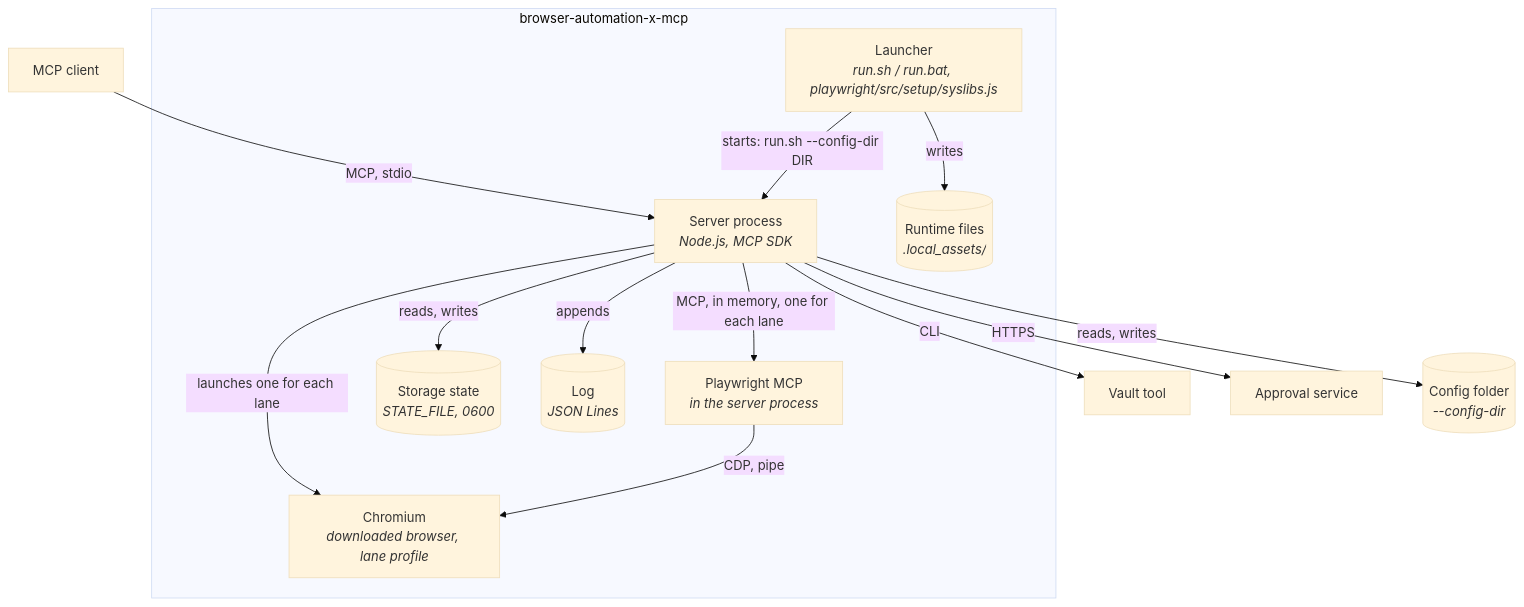
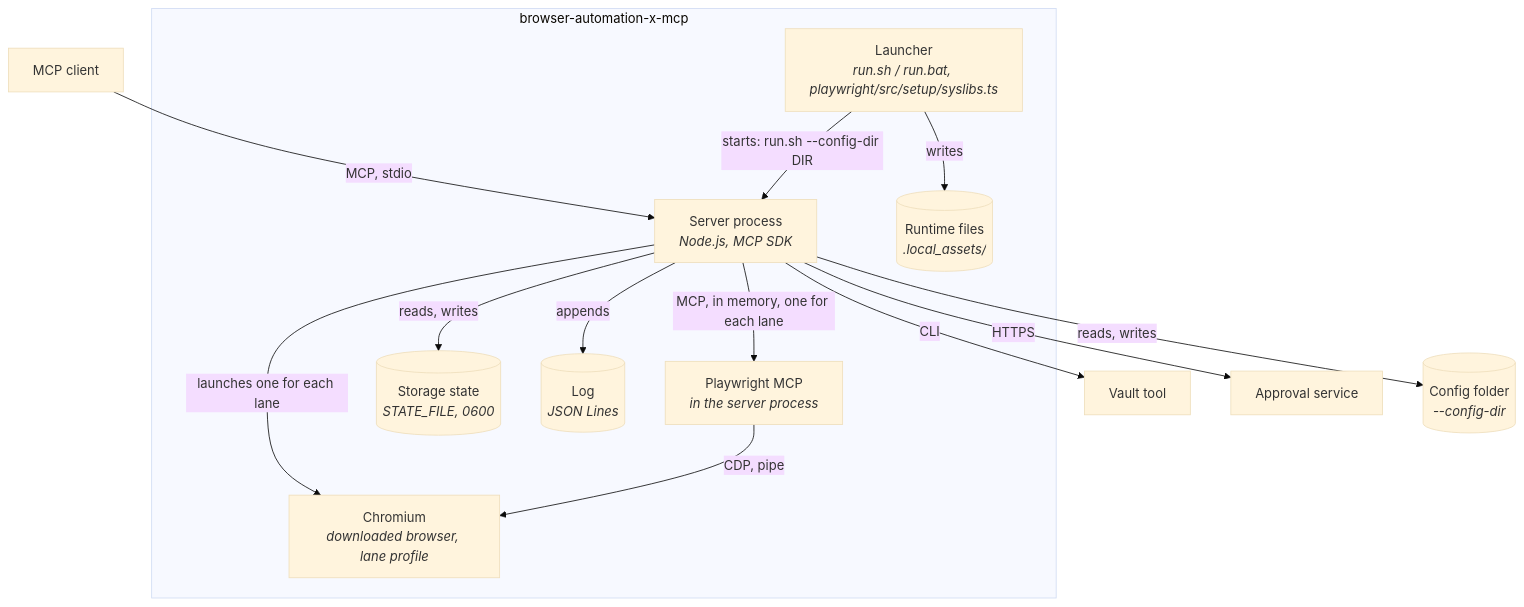
Before and after one commit to npstash/shared: the second of 8 diagrams in tools/browser-automation-x-mcp/sdd/DESIGN.md, drawn with Mermaid (base theme). The commit also changed other lines of this file and 6 other files, not shown here.

Commit message:
browser-automation-x-mcp: plugin architecture in the SDD; typed-code rule; test phases

````diff
--- a/tools/browser-automation-x-mcp/sdd/DESIGN.md
+++ b/tools/browser-automation-x-mcp/sdd/DESIGN.md
@@ -67,16 +67,16 @@
 ```mermaid
 flowchart TD
     C[MCP client] -->|MCP, stdio| F
     subgraph S[browser-automation-x-mcp]
-        L[Launcher<br/><i>run.sh / run.bat, playwright/src/setup/syslibs.js</i>] -->|starts: run.sh --config-dir DIR| F[Server process<br/><i>Node.js, MCP SDK</i>]
+        L[Launcher<br/><i>run.sh / run.bat, playwright/src/setup/syslibs.ts</i>] -->|starts: run.sh --config-dir DIR| F[Server process<br/><i>Node.js, MCP SDK</i>]
         F -->|MCP, in memory, one for each lane| M[Playwright MCP<br/><i>in the server process</i>]
         F -->|launches one for each lane| B[Chromium<br/><i>downloaded browser, lane profile</i>]
         M -->|CDP, pipe| B
         F -->|reads, writes| ST[(Storage state<br/><i>STATE_FILE, 0600</i>)]
         F -->|appends| G[(Log<br/><i>JSON Lines</i>)]
         L -->|writes| R[(Runtime files<br/><i>.local_assets/</i>)]
     end
     F -->|CLI| V[Vault tool]
     F -->|HTTPS| AS[Approval service]
     F -->|reads, writes| K[(Config folder<br/><i>--config-dir</i>)]
 ```
````
